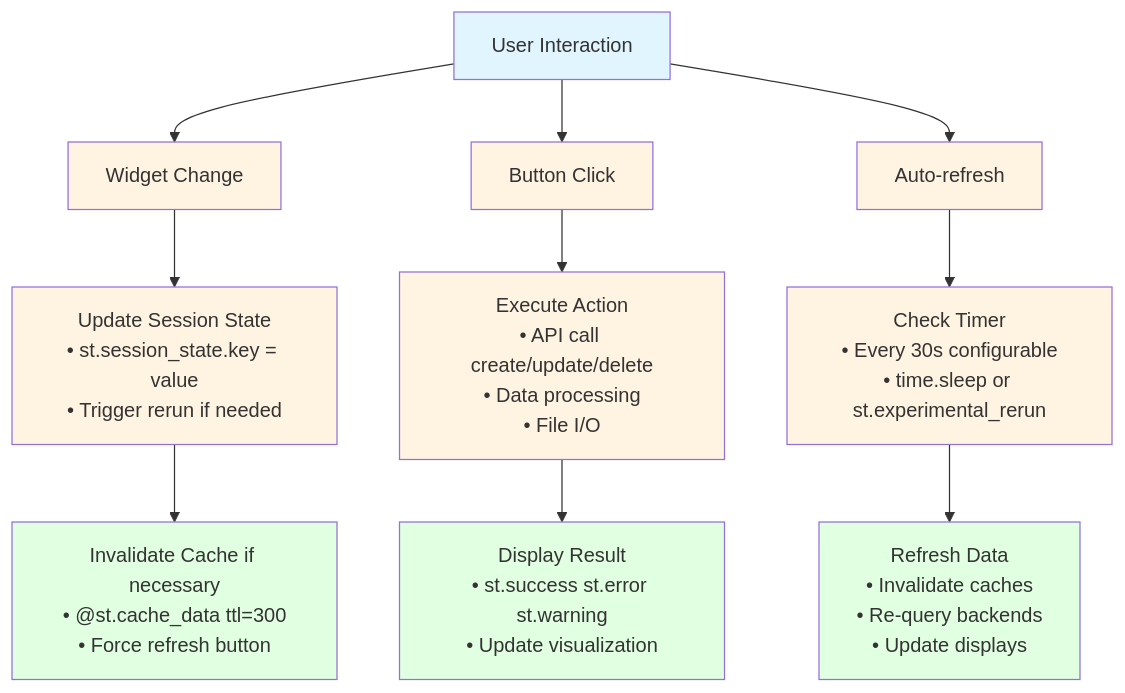
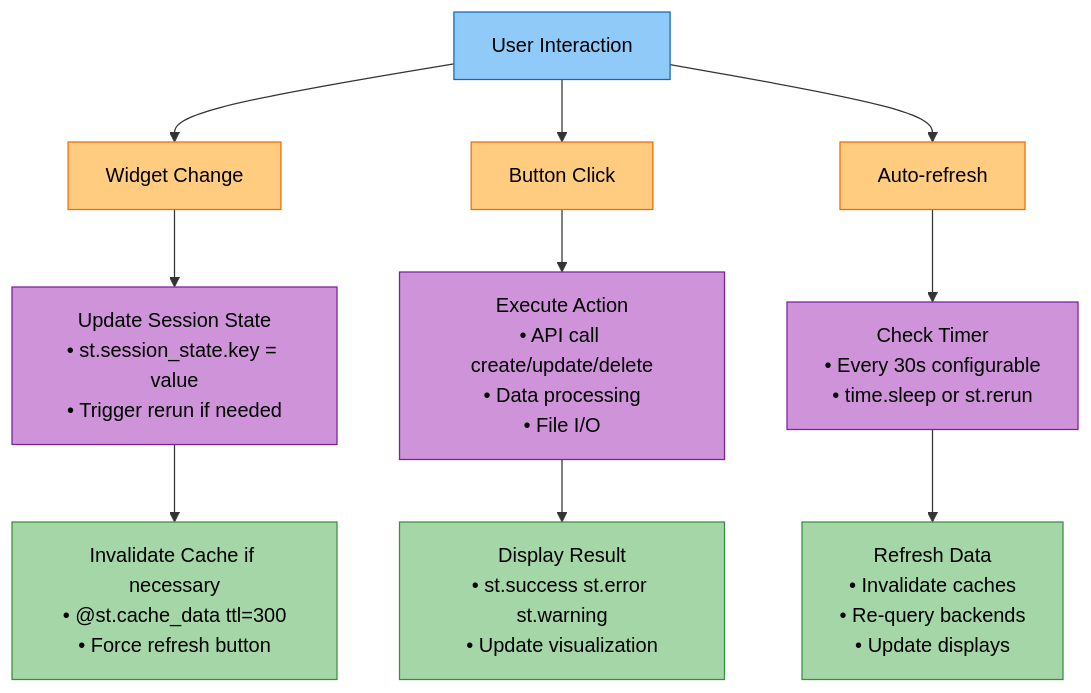
Before and after one commit to amit-jain/cogniverse: the third of 3 diagrams in docs/development/ui-dashboard.md, drawn with Mermaid. The commit also changed other lines of this file and 83 other files, not shown here.

First line of the commit message:
Fix documentation veracity, formatting, and diagrams across all modules

````diff
--- a/docs/development/ui-dashboard.md
+++ b/docs/development/ui-dashboard.md
@@ -113,41 +123,41 @@
 ```mermaid
-graph TB
-    User[User Interaction]
+flowchart TB
+    User["<span style='color:#000'>User Interaction</span>"]
 
-    Widget[Widget Change]
-    Button[Button Click]
-    Auto[Auto-refresh]
+    Widget["<span style='color:#000'>Widget Change</span>"]
+    Button["<span style='color:#000'>Button Click</span>"]
+    Auto["<span style='color:#000'>Auto-refresh</span>"]
 
-    UpdateState[Update Session State<br/>• st.session_state.key = value<br/>• Trigger rerun if needed]
-    InvalidateCache[Invalidate Cache if necessary<br/>• @st.cache_data ttl=300<br/>• Force refresh button]
+    UpdateState["<span style='color:#000'>Update Session State<br/>• st.session_state.key = value<br/>• Trigger rerun if needed</span>"]
+    InvalidateCache["<span style='color:#000'>Invalidate Cache if necessary<br/>• @st.cache_data ttl=300<br/>• Force refresh button</span>"]
 
-    Execute[Execute Action<br/>• API call create/update/delete<br/>• Data processing<br/>• File I/O]
-    Display[Display Result<br/>• st.success st.error st.warning<br/>• Update visualization]
+    Execute["<span style='color:#000'>Execute Action<br/>• API call create/update/delete<br/>• Data processing<br/>• File I/O</span>"]
+    Display["<span style='color:#000'>Display Result<br/>• st.success st.error st.warning<br/>• Update visualization</span>"]
 
-    Timer[Check Timer<br/>• Every 30s configurable<br/>• time.sleep or st.experimental_rerun]
-    Refresh[Refresh Data<br/>• Invalidate caches<br/>• Re-query backends<br/>• Update displays]
+    Timer["<span style='color:#000'>Check Timer<br/>• Every 30s configurable<br/>• time.sleep or st.rerun</span>"]
+    Refresh["<span style='color:#000'>Refresh Data<br/>• Invalidate caches<br/>• Re-query backends<br/>• Update displays</span>"]
 
     User --> Widget
     User --> Button
     User --> Auto
 
     Widget --> UpdateState
     UpdateState --> InvalidateCache
 
     Button --> Execute
     Execute --> Display
 
     Auto --> Timer
     Timer --> Refresh
 
-    style User fill:#e1f5ff
-    style Widget fill:#fff4e1
-    style Button fill:#fff4e1
-    style Auto fill:#fff4e1
-    style UpdateState fill:#fff4e1
-    style Execute fill:#fff4e1
-    style Timer fill:#fff4e1
-    style InvalidateCache fill:#e1ffe1
-    style Display fill:#e1ffe1
-    style Refresh fill:#e1ffe1
+    style User fill:#90caf9,stroke:#1565c0,color:#000
+    style Widget fill:#ffcc80,stroke:#ef6c00,color:#000
+    style Button fill:#ffcc80,stroke:#ef6c00,color:#000
+    style Auto fill:#ffcc80,stroke:#ef6c00,color:#000
+    style UpdateState fill:#ce93d8,stroke:#7b1fa2,color:#000
+    style Execute fill:#ce93d8,stroke:#7b1fa2,color:#000
+    style Timer fill:#ce93d8,stroke:#7b1fa2,color:#000
+    style InvalidateCache fill:#a5d6a7,stroke:#388e3c,color:#000
+    style Display fill:#a5d6a7,stroke:#388e3c,color:#000
+    style Refresh fill:#a5d6a7,stroke:#388e3c,color:#000
 ```
````
